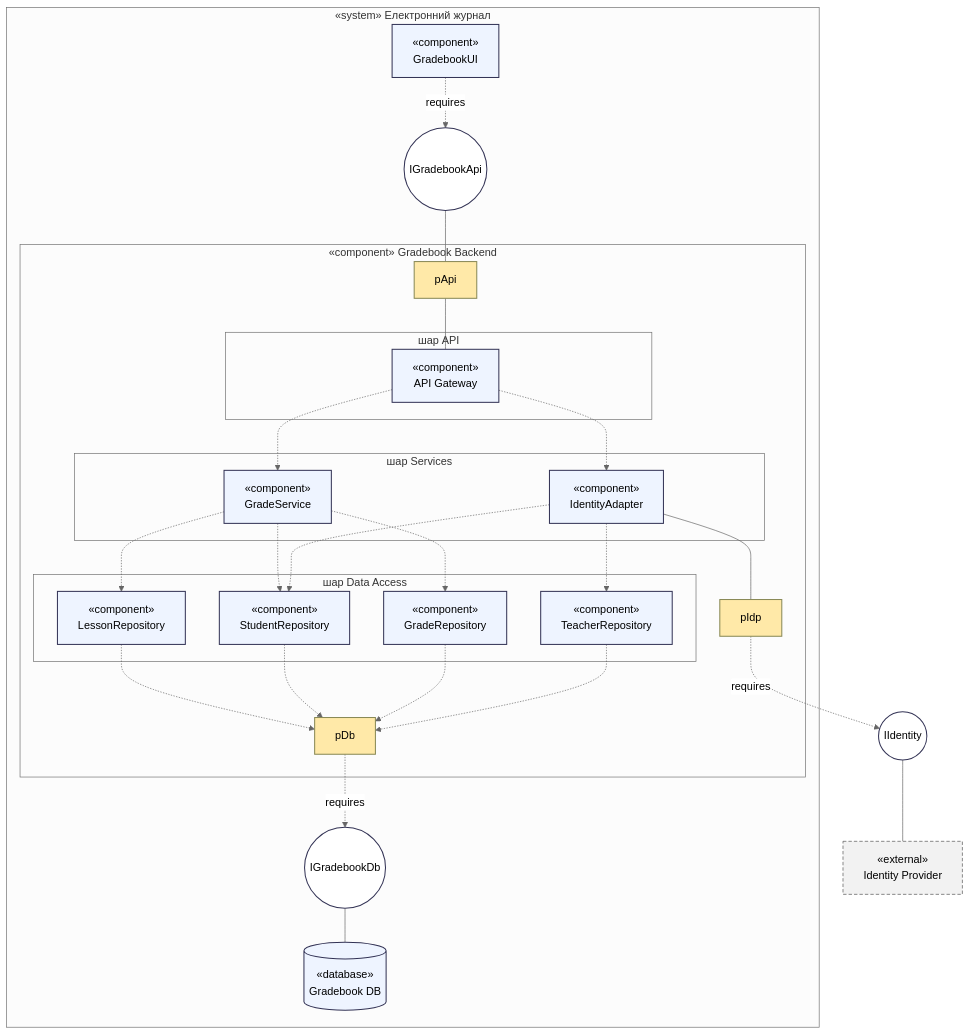
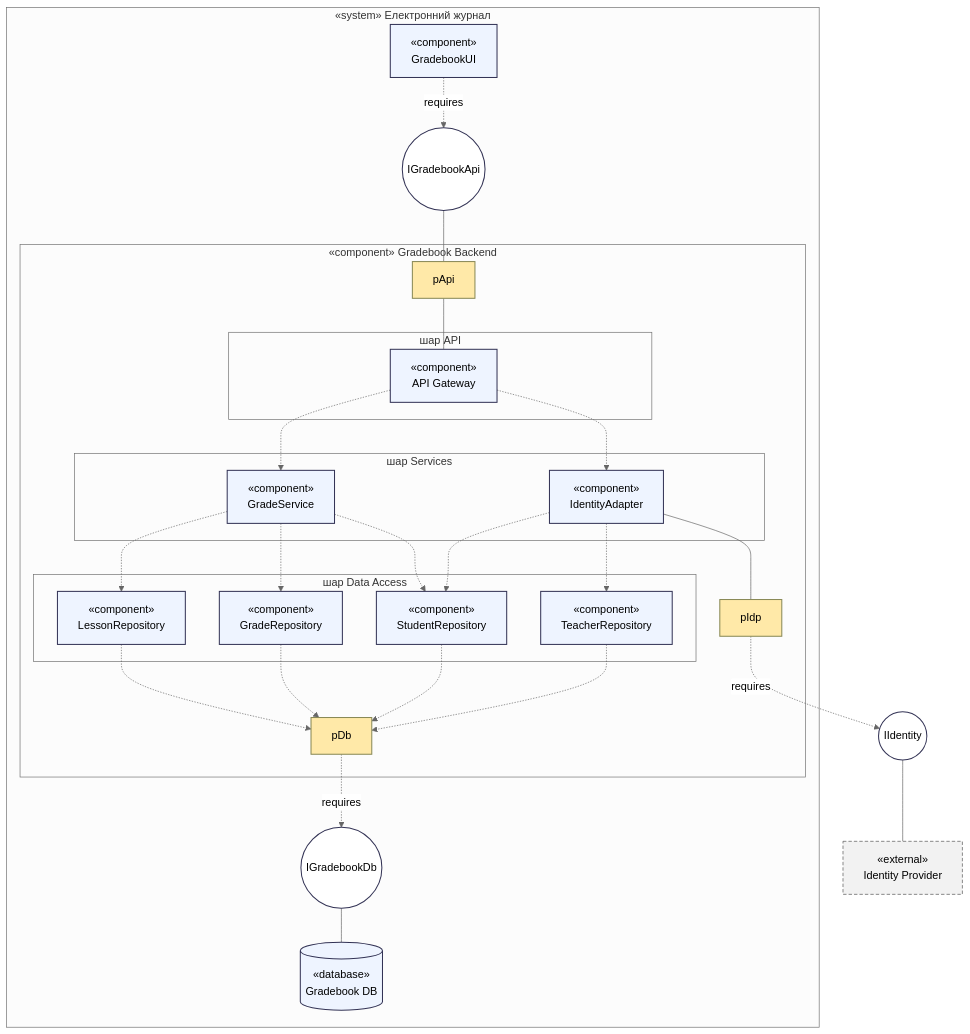
Before and after one commit to Mayki603/gradebook: the diagram in architecture.md, drawn with Mermaid (neutral theme). The commit also changed other lines of this file and 2 other files, not shown here.

````diff
--- a/architecture.md
+++ b/architecture.md
@@ -7,54 +7,54 @@
 ```mermaid
 flowchart TB
     subgraph SYS["«system» Електронний журнал"]
         UI["«component»<br/>GradebookUI"]:::comp
         IApi(("IGradebookApi")):::iface
         subgraph BE["«component» Gradebook Backend"]
             pApi["pApi"]:::port
             subgraph L_API["шар API"]
                 GW["«component»<br/>API Gateway"]:::comp
             end
             subgraph L_SRV["шар Services"]
                 GS["«component»<br/>GradeService"]:::comp
                 IA["«component»<br/>IdentityAdapter"]:::comp
             end
             subgraph L_DA["шар Data Access"]
                 LR["«component»<br/>LessonRepository"]:::comp
                 GR["«component»<br/>GradeRepository"]:::comp
                 SR["«component»<br/>StudentRepository"]:::comp
                 TR["«component»<br/>TeacherRepository"]:::comp
             end
             pIdp["pIdp"]:::port
             pDb["pDb"]:::port
         end
         IDb(("IGradebookDb")):::iface
         DB[("«database»<br/>Gradebook DB")]:::comp
     end
     IdP["«external»<br/>Identity Provider"]:::external
     IIdp(("IIdentity")):::iface
 
     UI -.->|requires| IApi
     pDb -.->|requires| IDb
     pIdp -.->|requires| IIdp
     IApi --- pApi
     IDb --- DB
     IIdp --- IdP
     pApi --- GW
     IA --- pIdp
     GW -.-> GS
     GW -.-> IA
     GS -.-> LR
+    GS -.-> GR
     GS -.-> SR
-    GS -.-> GR
+    IA -.-> SR
     IA -.-> TR
-    IA -.-> SR
     LR -.-> pDb
+    GR -.-> pDb
     SR -.-> pDb
-    GR -.-> pDb
     TR -.-> pDb
 
     classDef comp fill:#eef4ff,stroke:#335,stroke-width:1.5px;
     classDef iface fill:#fff,stroke:#335,stroke-width:1.5px;
     classDef port fill:#ffe9a8,stroke:#885,stroke-width:1.5px;
     classDef external fill:#f2f2f2,stroke:#555,stroke-dasharray:5 3;
 ```
````
